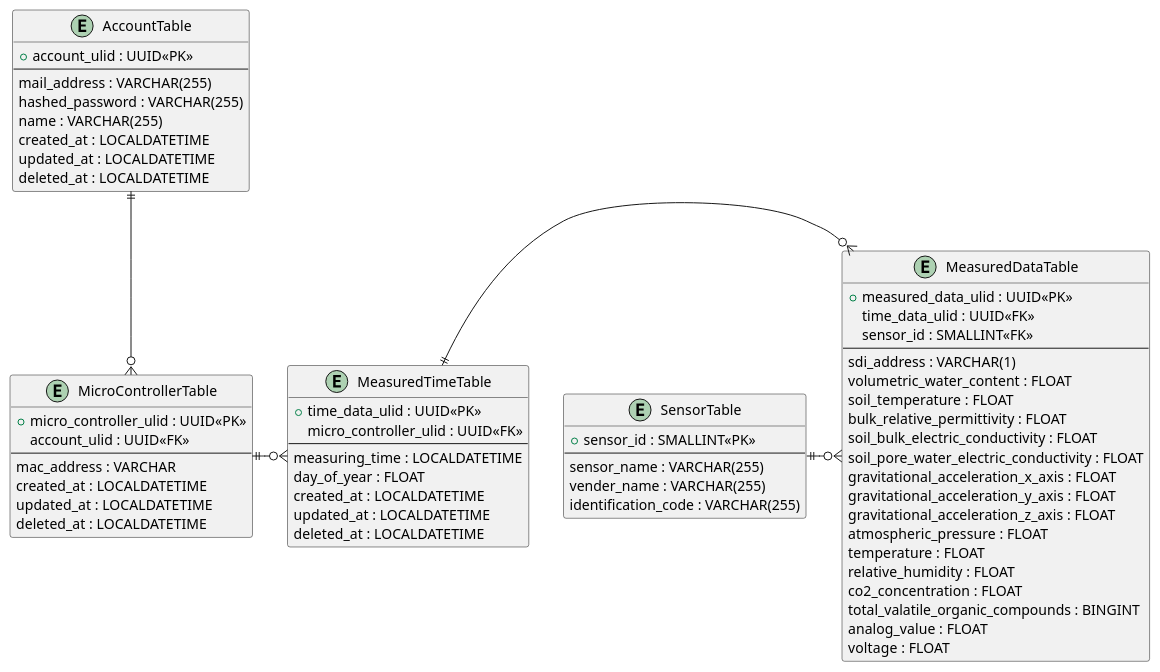
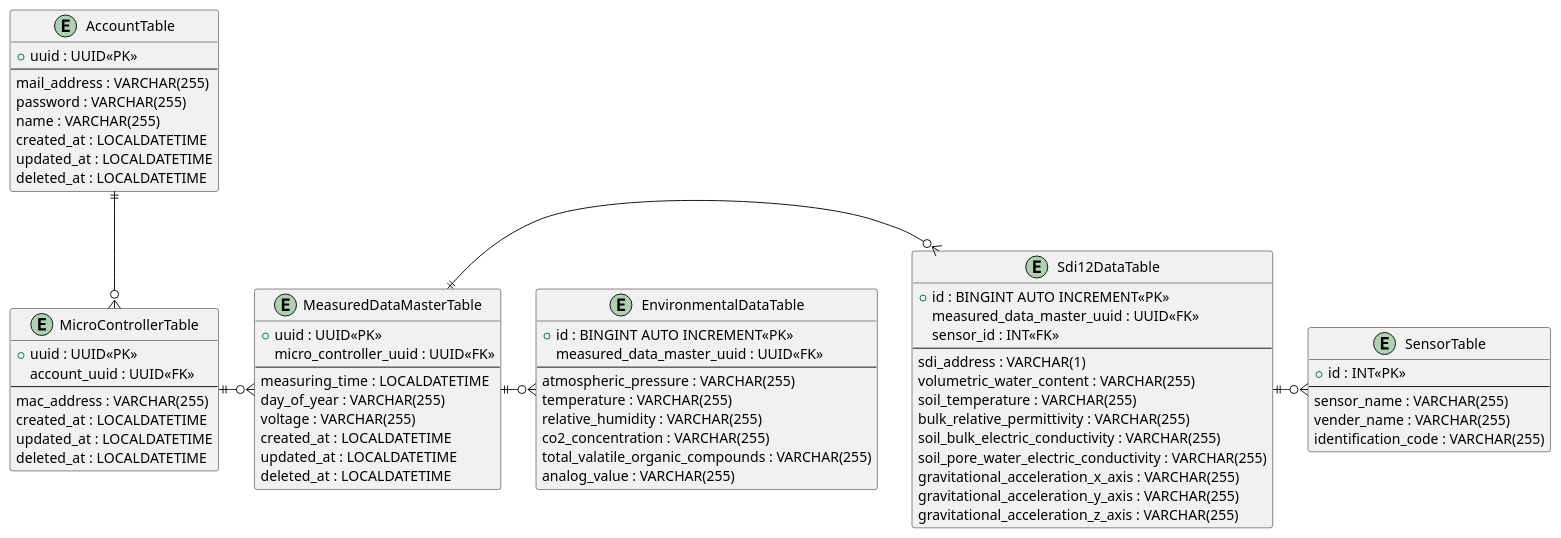
One commit to mktkhr/stamp-iot changed the diagram in document/er.puml. Above: the diagram before and after it, drawn with PlantUML.

Commit message:
ER図を修正 #37

```diff
--- a/document/er.puml
+++ b/document/er.puml
@@ -1,70 +1,77 @@
 @startuml stamp-iot 
 entity "AccountTable" {
-    +account_ulid : UUID<<PK>>
+    +uuid : UUID<<PK>>
     --
     mail_address : VARCHAR(255)
-    hashed_password : VARCHAR(255)
+    password : VARCHAR(255)
     name : VARCHAR(255)
     created_at : LOCALDATETIME
     updated_at : LOCALDATETIME
     deleted_at : LOCALDATETIME
 }
 
 entity "MicroControllerTable" {
-    +micro_controller_ulid : UUID<<PK>>
-    account_ulid : UUID<<FK>>
+    +uuid : UUID<<PK>>
+    account_uuid : UUID<<FK>>
     --
-    mac_address : VARCHAR
+    mac_address : VARCHAR(255)
     created_at : LOCALDATETIME
     updated_at : LOCALDATETIME
     deleted_at : LOCALDATETIME
 }
 
-entity "MeasuredTimeTable" {
-    +time_data_ulid : UUID<<PK>>
-    micro_controller_ulid : UUID<<FK>>
+entity "MeasuredDataMasterTable" {
+    +uuid : UUID<<PK>>
+    micro_controller_uuid : UUID<<FK>>
     --
     measuring_time : LOCALDATETIME
-    day_of_year : FLOAT
+    day_of_year : VARCHAR(255)
+    voltage : VARCHAR(255)
     created_at : LOCALDATETIME
     updated_at : LOCALDATETIME
     deleted_at : LOCALDATETIME
 }
 
-entity "MeasuredDataTable" {
-    +measured_data_ulid : UUID<<PK>>
-    time_data_ulid : UUID<<FK>>
-    sensor_id : SMALLINT<<FK>>
+entity "Sdi12DataTable" {
+    +id : BINGINT AUTO INCREMENT<<PK>>
+    measured_data_master_uuid : UUID<<FK>>
+    sensor_id : INT<<FK>>
     --
     sdi_address : VARCHAR(1)
-    volumetric_water_content : FLOAT
-    soil_temperature : FLOAT
-    bulk_relative_permittivity : FLOAT
-    soil_bulk_electric_conductivity : FLOAT
-    soil_pore_water_electric_conductivity : FLOAT
-    gravitational_acceleration_x_axis : FLOAT
-    gravitational_acceleration_y_axis : FLOAT
-    gravitational_acceleration_z_axis : FLOAT
-    atmospheric_pressure : FLOAT
-    temperature : FLOAT
-    relative_humidity : FLOAT
-    co2_concentration : FLOAT
-    total_valatile_organic_compounds : BINGINT
-    analog_value : FLOAT
-    voltage : FLOAT
+    volumetric_water_content : VARCHAR(255)
+    soil_temperature : VARCHAR(255)
+    bulk_relative_permittivity : VARCHAR(255)
+    soil_bulk_electric_conductivity : VARCHAR(255)
+    soil_pore_water_electric_conductivity : VARCHAR(255)
+    gravitational_acceleration_x_axis : VARCHAR(255)
+    gravitational_acceleration_y_axis : VARCHAR(255)
+    gravitational_acceleration_z_axis : VARCHAR(255)
+}
+
+entity "EnvironmentalDataTable" {
+    +id : BINGINT AUTO INCREMENT<<PK>>
+    measured_data_master_uuid : UUID<<FK>>
+    --
+    atmospheric_pressure : VARCHAR(255)
+    temperature : VARCHAR(255)
+    relative_humidity : VARCHAR(255)
+    co2_concentration : VARCHAR(255)
+    total_valatile_organic_compounds : VARCHAR(255)
+    analog_value : VARCHAR(255)
 }
 
 entity "SensorTable" {
-    +sensor_id : SMALLINT<<PK>>
+    +id : INT<<PK>>
     --
     sensor_name : VARCHAR(255)
     vender_name : VARCHAR(255)
     identification_code : VARCHAR(255)
 }
 
 AccountTable ||-d-o{ MicroControllerTable
-MicroControllerTable ||-r-o{ MeasuredTimeTable
-MeasuredTimeTable ||-r-o{ MeasuredDataTable
-SensorTable ||-o{ MeasuredDataTable
+MicroControllerTable ||-r-o{ MeasuredDataMasterTable
+MeasuredDataMasterTable ||-r-o{ Sdi12DataTable
+MeasuredDataMasterTable ||-r-o{ EnvironmentalDataTable
+Sdi12DataTable ||-r-o{ SensorTable
 
 @enduml
```
